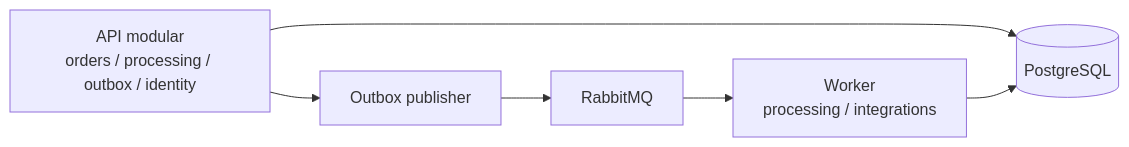
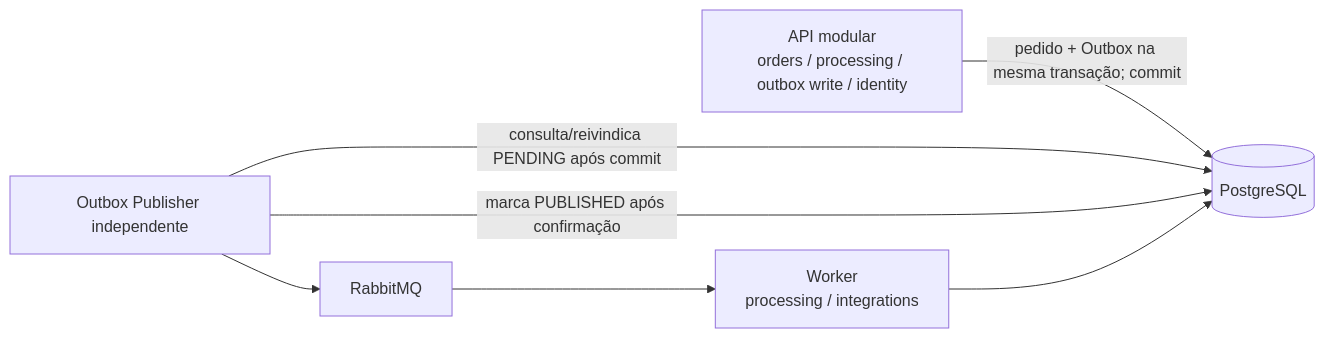
The diagram in docs/decisions/ADR-001-modular-monolith-and-worker.md (lorran-camilo/flowbridge), drawn with Mermaid before and after one commit. The commit also changed other lines of this file and 20 other files, not shown here.

First line of the commit message:
docs: finalize FlowBridge Phase 0 documentation

````diff
--- a/docs/decisions/ADR-001-modular-monolith-and-worker.md
+++ b/docs/decisions/ADR-001-modular-monolith-and-worker.md
@@ -20,8 +28,9 @@
 ```mermaid
 flowchart LR
-  API[API modular\norders / processing / outbox / identity] --> DB[(PostgreSQL)]
-  API --> OUT[Outbox publisher]
+  API[API modular\norders / processing / outbox write / identity] -->|pedido + Outbox na mesma transação; commit| DB[(PostgreSQL)]
+  OUT[Outbox Publisher independente] -->|consulta/reivindica PENDING após commit| DB
   OUT --> MQ[RabbitMQ]
+  OUT -->|marca PUBLISHED após confirmação| DB
   MQ --> W[Worker\nprocessing / integrations]
   W --> DB
 ```
````
